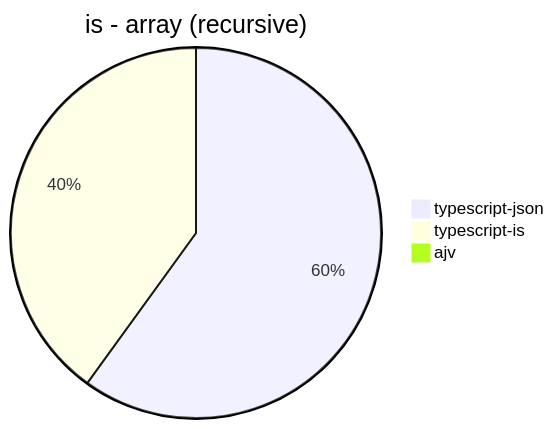
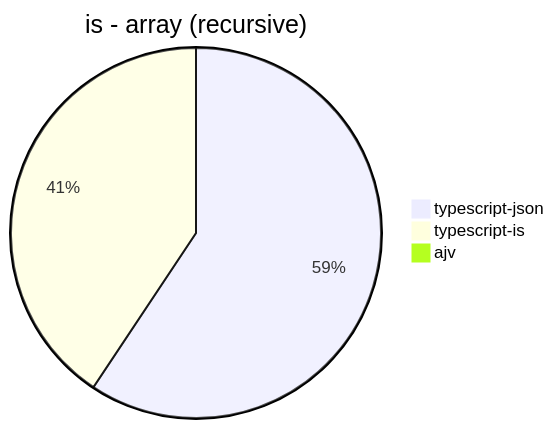
Diagram 11 of 30 in benchmark/results/Apple M1.md (samchon/typia), drawn with Mermaid before and after one commit. The commit also changed other lines of this file, not shown here.

````diff
--- a/benchmark/results/Apple M1.md
+++ b/benchmark/results/Apple M1.md
@@ -108,6 +109,6 @@
 ```mermaid
 pie title is - array (recursive)
-  "typescript-json": 7159.955670483931
-  "typescript-is": 4777.777777777777
+  "typescript-json": 7188.158372684344
+  "typescript-is": 4924.8878923766815
   "ajv": 0
 ```
````
